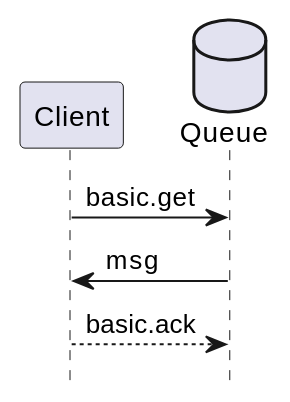
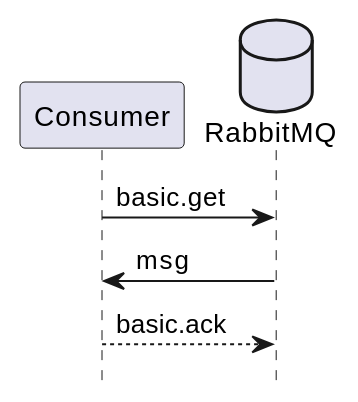
The second of 4 diagrams in midwares/rabbitmq.org (ruanhao/basset), drawn with PlantUML before and after one commit. The commit also changed other lines of this file and 8 other files, not shown here.

```diff
--- a/midwares/rabbitmq.org
+++ b/midwares/rabbitmq.org
@@ -55,9 +49,9 @@
 #+BEGIN_SRC plantuml :file img/rabbitmq_get.png
   hide footbox
-  participant Client as c
-  database Queue as q
+  participant Consumer as c
+  database RabbitMQ as q
 
   c -> q : basic.get
   q -> c : msg
   c --> q : basic.ack
 #+END_SRC
```
